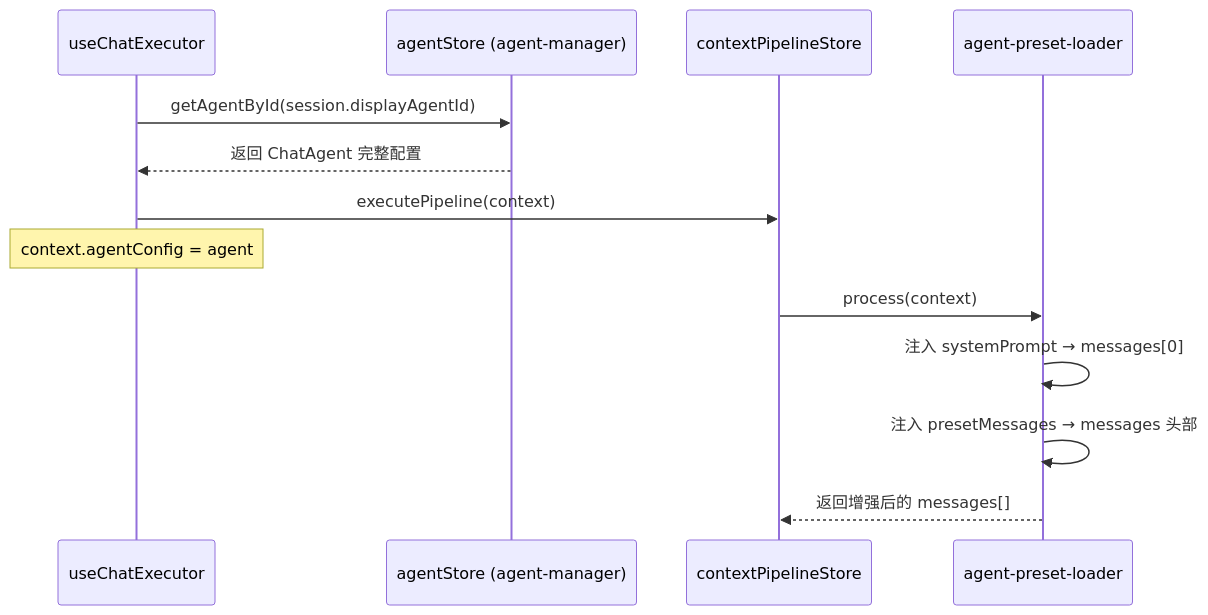
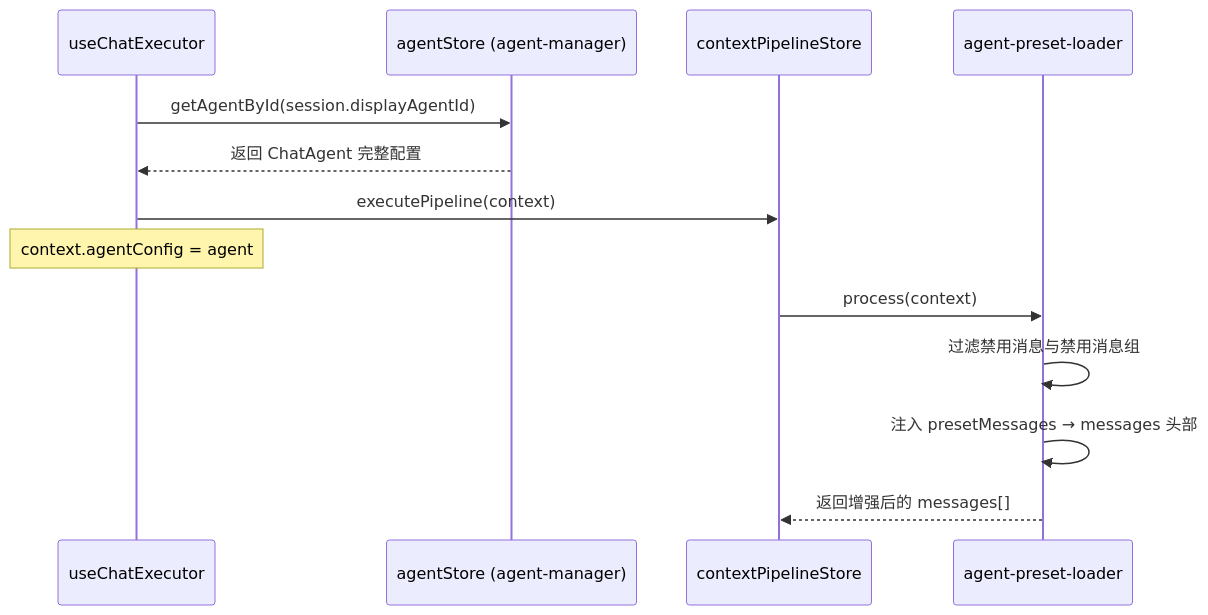
The third of 3 diagrams in mobile/docs/plan/mobile-agent-manager-plan.md (miaotouy/aio-hub), drawn with Mermaid before and after one commit. The commit also changed other lines of this file, not shown here.

````diff
--- a/mobile/docs/plan/mobile-agent-manager-plan.md
+++ b/mobile/docs/plan/mobile-agent-manager-plan.md
@@ -292,16 +299,16 @@
 ```mermaid
 sequenceDiagram
     participant CE as useChatExecutor
     participant AS as agentStore (agent-manager)
     participant Pipeline as contextPipelineStore
     participant APL as agent-preset-loader
 
     CE->>AS: getAgentById(session.displayAgentId)
     AS-->>CE: 返回 ChatAgent 完整配置
     CE->>Pipeline: executePipeline(context)
     Note over CE: context.agentConfig = agent
     Pipeline->>APL: process(context)
-    APL->>APL: 注入 systemPrompt → messages[0]
+    APL->>APL: 过滤禁用消息与禁用消息组
     APL->>APL: 注入 presetMessages → messages 头部
     APL-->>Pipeline: 返回增强后的 messages[]
 ```
````
